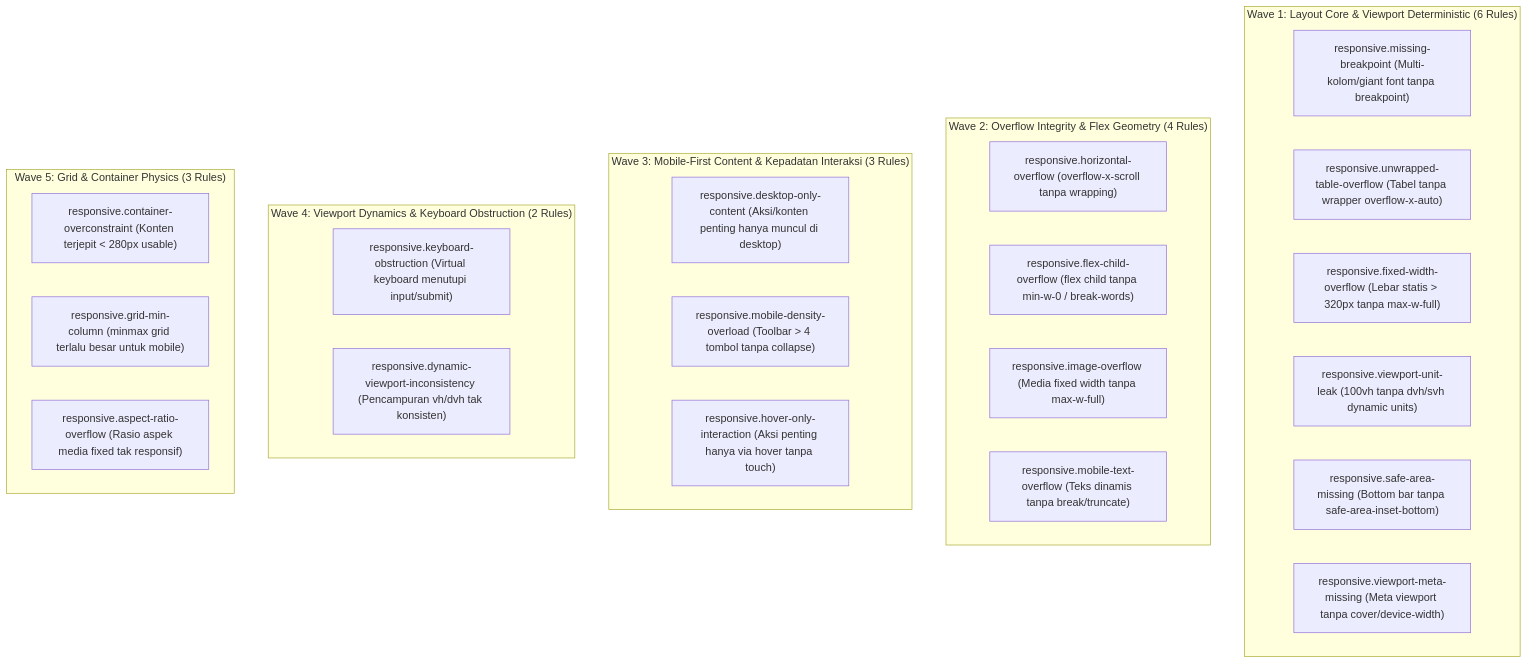
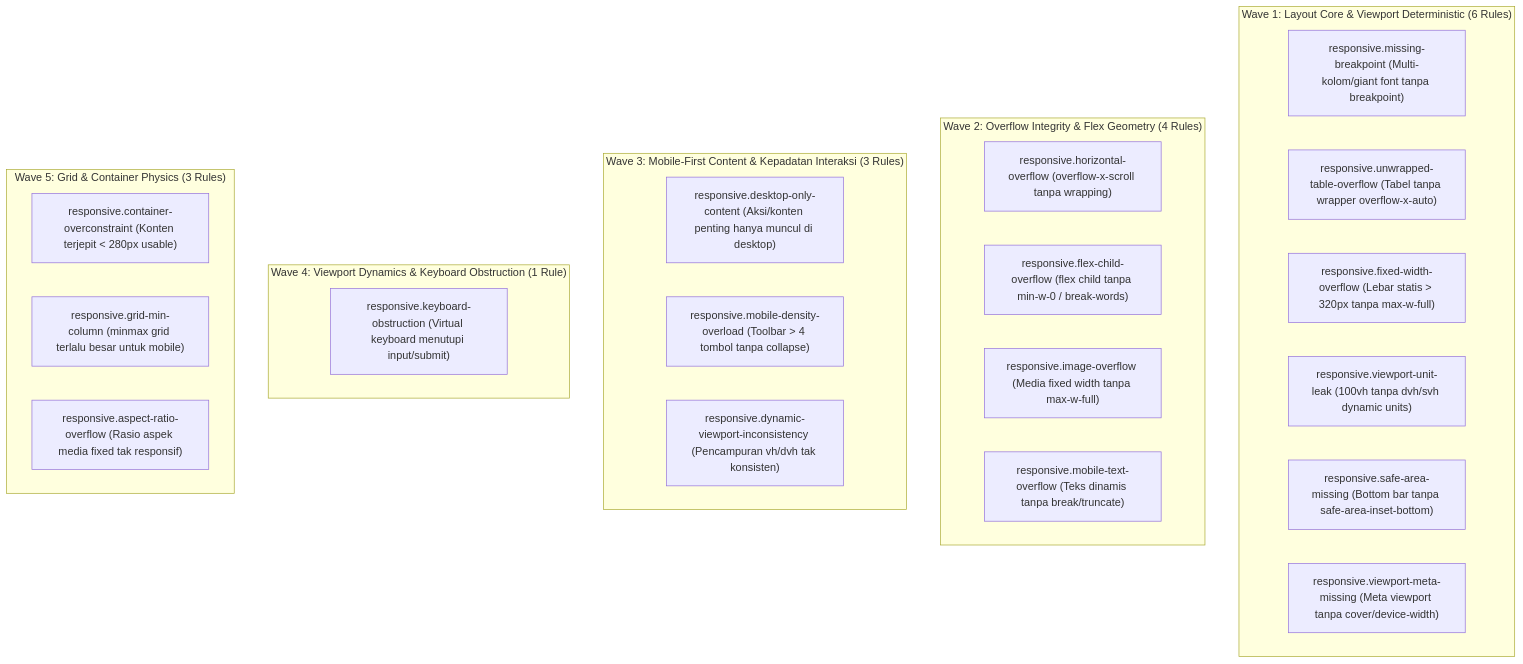
One commit to will2469/charites changed the diagram in docs/01-spec/expansion/responsive.md. Above: the diagram before and after it, drawn with Mermaid. The commit also changed other lines of this file and 32 other files, not shown here.

Commit message:
feat(responsive): implement Wave 3 rules for mobile-first content & viewport dynamics

````diff
--- a/docs/01-spec/expansion/responsive.md
+++ b/docs/01-spec/expansion/responsive.md
@@ -21,35 +21,34 @@
 ```mermaid
 flowchart TD
     subgraph W1 ["Wave 1: Layout Core & Viewport Deterministic (6 Rules)"]
         R1["responsive.missing-breakpoint (Multi-kolom/giant font tanpa breakpoint)"]
         R2["responsive.unwrapped-table-overflow (Tabel tanpa wrapper overflow-x-auto)"]
         R3["responsive.fixed-width-overflow (Lebar statis > 320px tanpa max-w-full)"]
         R4["responsive.viewport-unit-leak (100vh tanpa dvh/svh dynamic units)"]
         R5["responsive.safe-area-missing (Bottom bar tanpa safe-area-inset-bottom)"]
         R6["responsive.viewport-meta-missing (Meta viewport tanpa cover/device-width)"]
     end
 
     subgraph W2 ["Wave 2: Overflow Integrity & Flex Geometry (4 Rules)"]
         R7["responsive.horizontal-overflow (overflow-x-scroll tanpa wrapping)"]
         R8["responsive.flex-child-overflow (flex child tanpa min-w-0 / break-words)"]
         R9["responsive.image-overflow (Media fixed width tanpa max-w-full)"]
         R10["responsive.mobile-text-overflow (Teks dinamis tanpa break/truncate)"]
     end
 
     subgraph W3 ["Wave 3: Mobile-First Content & Kepadatan Interaksi (3 Rules)"]
         R11["responsive.desktop-only-content (Aksi/konten penting hanya muncul di desktop)"]
         R12["responsive.mobile-density-overload (Toolbar > 4 tombol tanpa collapse)"]
-        R13["responsive.hover-only-interaction (Aksi penting hanya via hover tanpa touch)"]
+        R13["responsive.dynamic-viewport-inconsistency (Pencampuran vh/dvh tak konsisten)"]
     end
 
-    subgraph W4 ["Wave 4: Viewport Dynamics & Keyboard Obstruction (2 Rules)"]
+    subgraph W4 ["Wave 4: Viewport Dynamics & Keyboard Obstruction (1 Rule)"]
         R14["responsive.keyboard-obstruction (Virtual keyboard menutupi input/submit)"]
-        R15["responsive.dynamic-viewport-inconsistency (Pencampuran vh/dvh tak konsisten)"]
     end
 
     subgraph W5 ["Wave 5: Grid & Container Physics (3 Rules)"]
         R16["responsive.container-overconstraint (Konten terjepit < 280px usable)"]
         R17["responsive.grid-min-column (minmax grid terlalu besar untuk mobile)"]
         R18["responsive.aspect-ratio-overflow (Rasio aspek media fixed tak responsif)"]
     end
 ```
````
